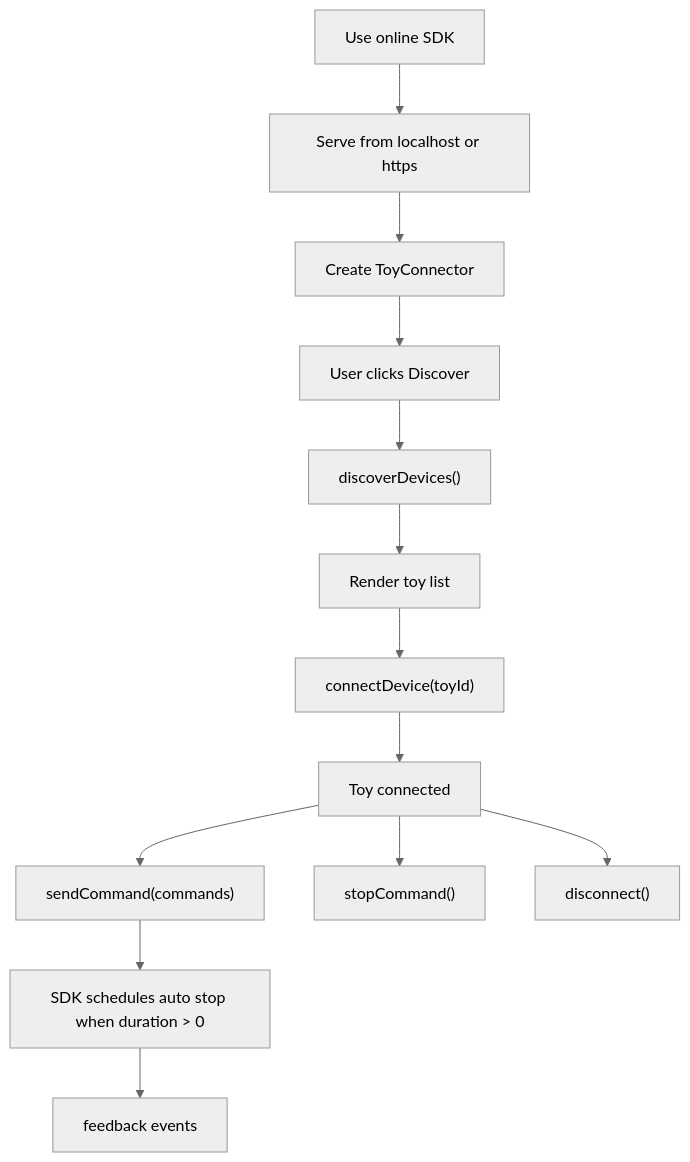
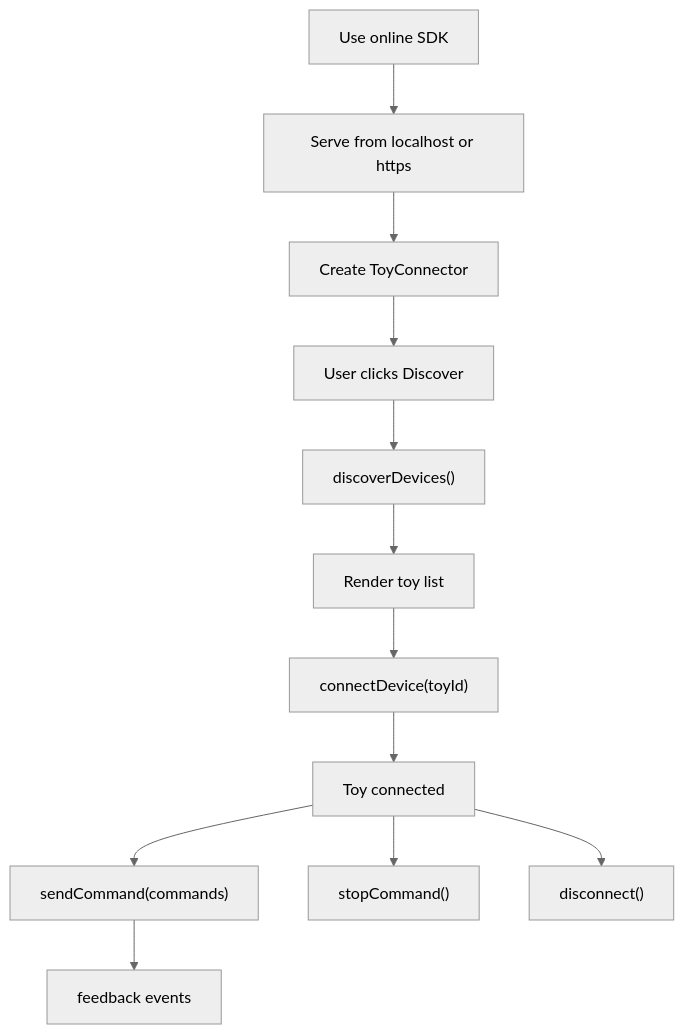
The diagram in docs/device-flow.md (HoneyPlayBox/web-js-sdk-sample), drawn with Mermaid (neutral theme) before and after one commit. The commit also changed other lines of this file and 9 other files, not shown here.

````diff
--- a/docs/device-flow.md
+++ b/docs/device-flow.md
@@ -24,15 +24,14 @@
 ```mermaid
 flowchart TD
   A["Use online SDK"] --> B["Serve from localhost or https"]
   B --> C["Create ToyConnector"]
   C --> D["User clicks Discover"]
   D --> E["discoverDevices()"]
   E --> F["Render toy list"]
   F --> G["connectDevice(toyId)"]
   G --> H["Toy connected"]
   H --> I["sendCommand(commands)"]
-  I --> J["SDK schedules auto stop when duration > 0"]
-  J --> K["feedback events"]
+  I --> K["feedback events"]
   H --> L["stopCommand()"]
   H --> M["disconnect()"]
 ```
````
